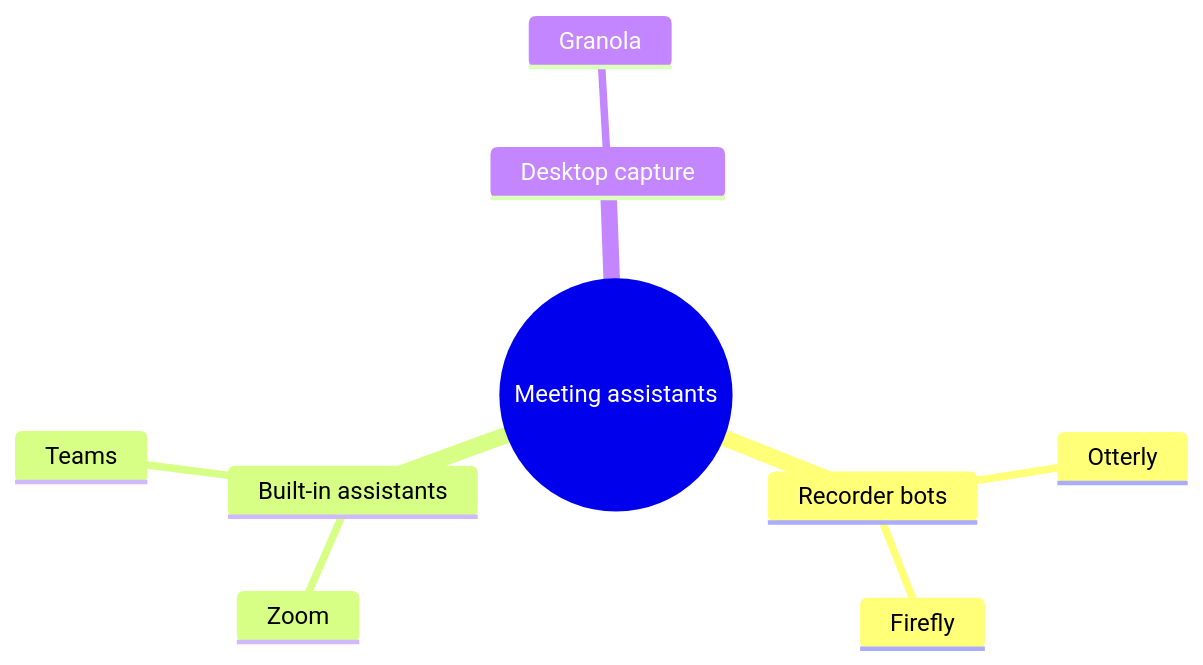
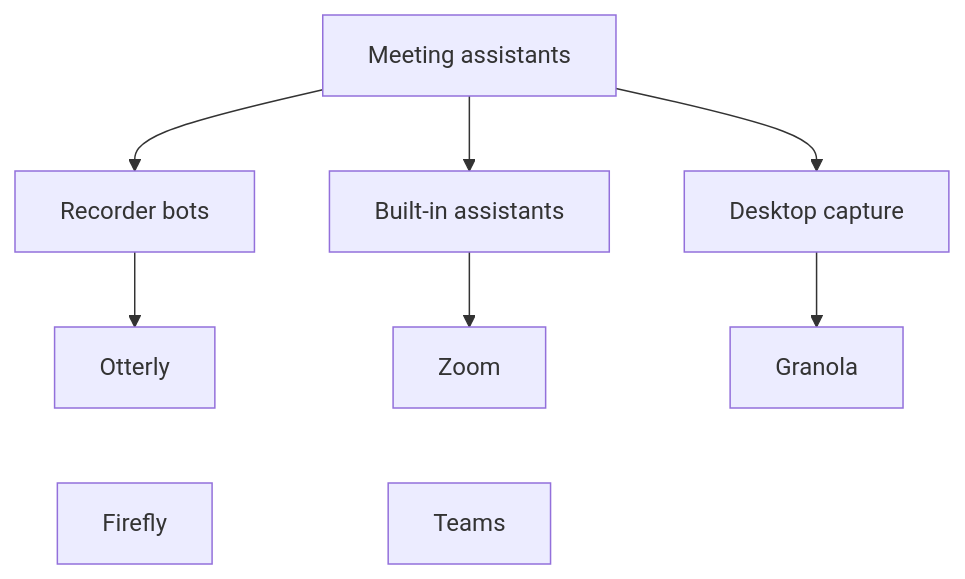
The second of 2 diagrams in flow-guide/Skills Gallery/Skills — Explain.md (orionfold/flow), drawn with Mermaid before and after one commit. The commit also changed other lines of this file and 1 other file, not shown here.

Commit message:
The Flow Guide, content version 1.17.2

````diff
--- a/flow-guide/Skills Gallery/Skills — Explain.md
+++ b/flow-guide/Skills Gallery/Skills — Explain.md
@@ -55,12 +55,12 @@
 ```mermaid
-mindmap
-  root((Meeting assistants))
-    Recorder bots
-      Otterly
-      Firefly
-    Built-in assistants
-      Zoom
-      Teams
-    Desktop capture
-      Granola
+flowchart TB
+  root["Meeting assistants"]
+  root --> bots["Recorder bots"]
+  root --> builtin["Built-in assistants"]
+  root --> desktop["Desktop capture"]
+  bots --> otterly["Otterly"]
+  otterly ~~~ firefly["Firefly"]
+  builtin --> zoom["Zoom"]
+  zoom ~~~ teams["Teams"]
+  desktop --> granola["Granola"]
 ```
````
